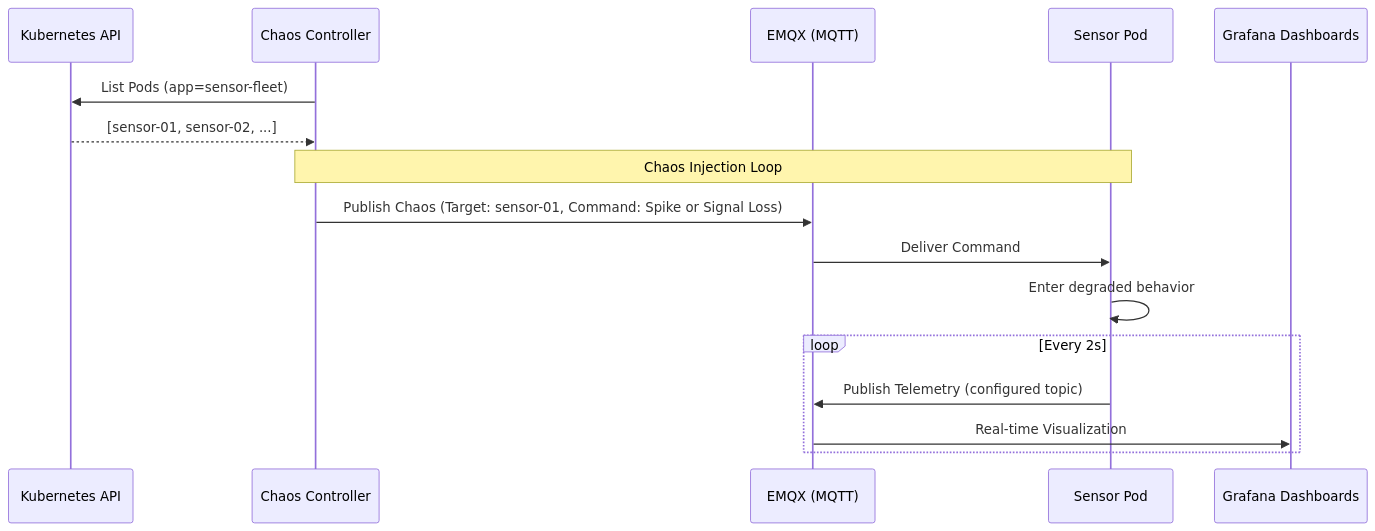
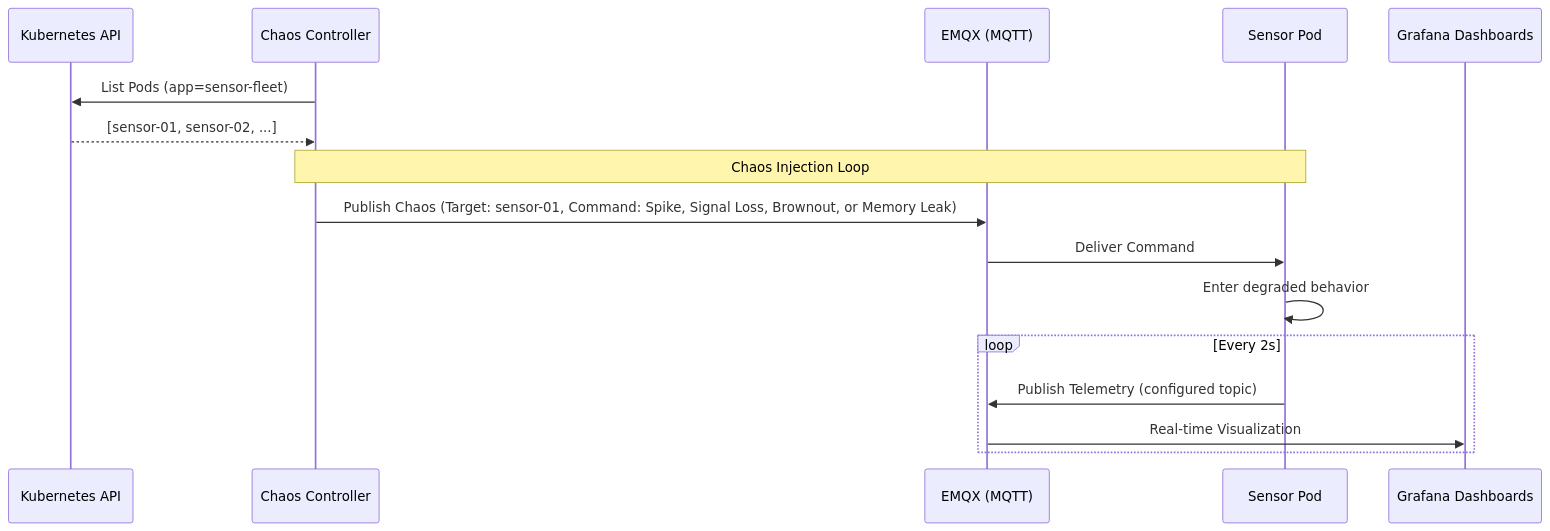
Before and after one commit to victoriacheng15/observability-hub: the diagram in docs/architecture/services/hardware-sim.md, drawn with Mermaid. The commit also changed other lines of this file and 4 other files, not shown here.

````diff
--- a/docs/architecture/services/hardware-sim.md
+++ b/docs/architecture/services/hardware-sim.md
@@ -61,21 +63,21 @@
 ```mermaid
 sequenceDiagram
     participant K8s as Kubernetes API
     participant Chaos as Chaos Controller
     participant Broker as EMQX (MQTT)
     participant Sensor as Sensor Pod
     participant Viz as Grafana Dashboards
 
     Chaos->>K8s: List Pods (app=sensor-fleet)
     K8s-->>Chaos: [sensor-01, sensor-02, ...]
     
     Note over Chaos, Sensor: Chaos Injection Loop
-    Chaos->>Broker: Publish Chaos (Target: sensor-01, Command: Spike or Signal Loss)
+    Chaos->>Broker: Publish Chaos (Target: sensor-01, Command: Spike, Signal Loss, Brownout, or Memory Leak)
     Broker->>Sensor: Deliver Command
     Sensor->>Sensor: Enter degraded behavior
 
     loop Every 2s
         Sensor->>Broker: Publish Telemetry (configured topic)
         Broker->>Viz: Real-time Visualization
     end
 ```
````
